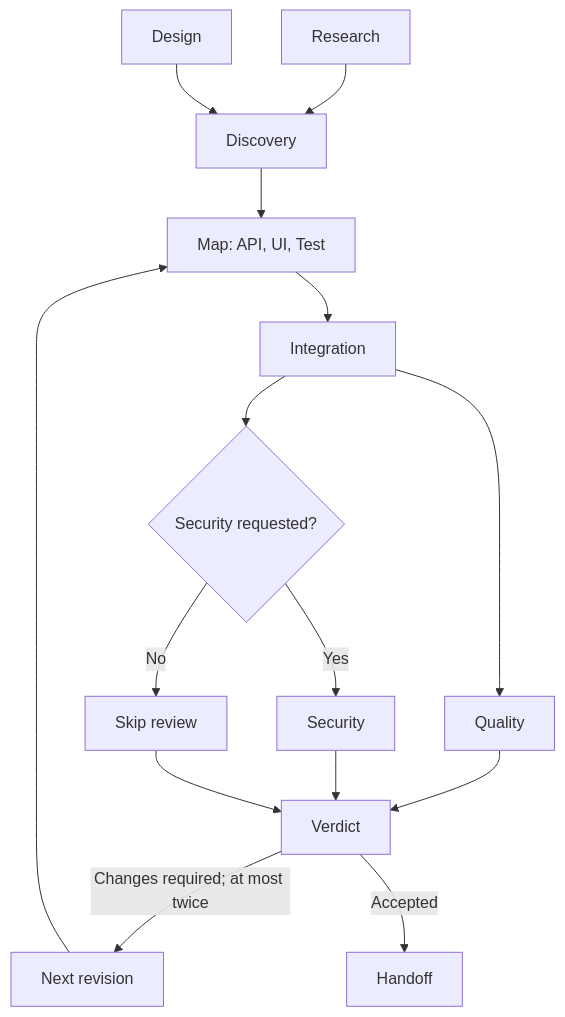
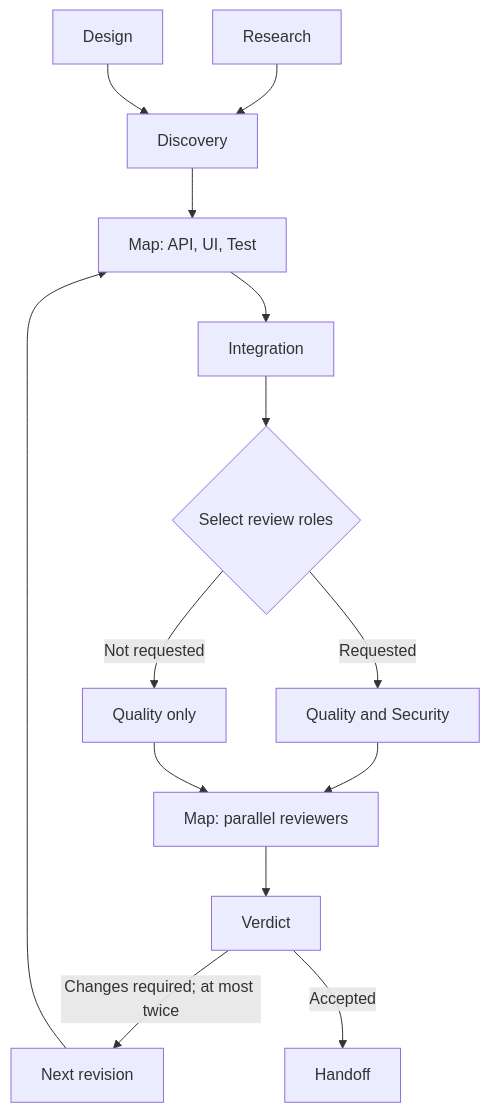
The diagram in examples/06_factory/06_04_flow_factory/README.md (agentjido/jido), drawn with Mermaid before and after one commit. The commit also changed other lines of this file and 43 other files, not shown here.

````diff
--- a/examples/06_factory/06_04_flow_factory/README.md
+++ b/examples/06_factory/06_04_flow_factory/README.md
@@ -34,17 +34,16 @@
 ```mermaid
 flowchart TD
     Research --> Discovery
     Design --> Discovery
     Discovery --> Components[Map: API, UI, Test]
     Components --> Integration
-    Integration --> Quality
-    Integration --> Choice{Security requested?}
-    Choice -->|Yes| Security
-    Choice -->|No| Skip[Skip review]
-    Quality --> Verdict
-    Security --> Verdict
-    Skip --> Verdict
+    Integration --> Choice{Select review roles}
+    Choice -->|Requested| Both[Quality and Security]
+    Choice -->|Not requested| Quality[Quality only]
+    Both --> Reviews[Map: parallel reviewers]
+    Quality --> Reviews
+    Reviews --> Verdict
     Verdict -->|Changes required; at most twice| Repair[Next revision]
     Repair --> Components
     Verdict -->|Accepted| Handoff
 ```
````
